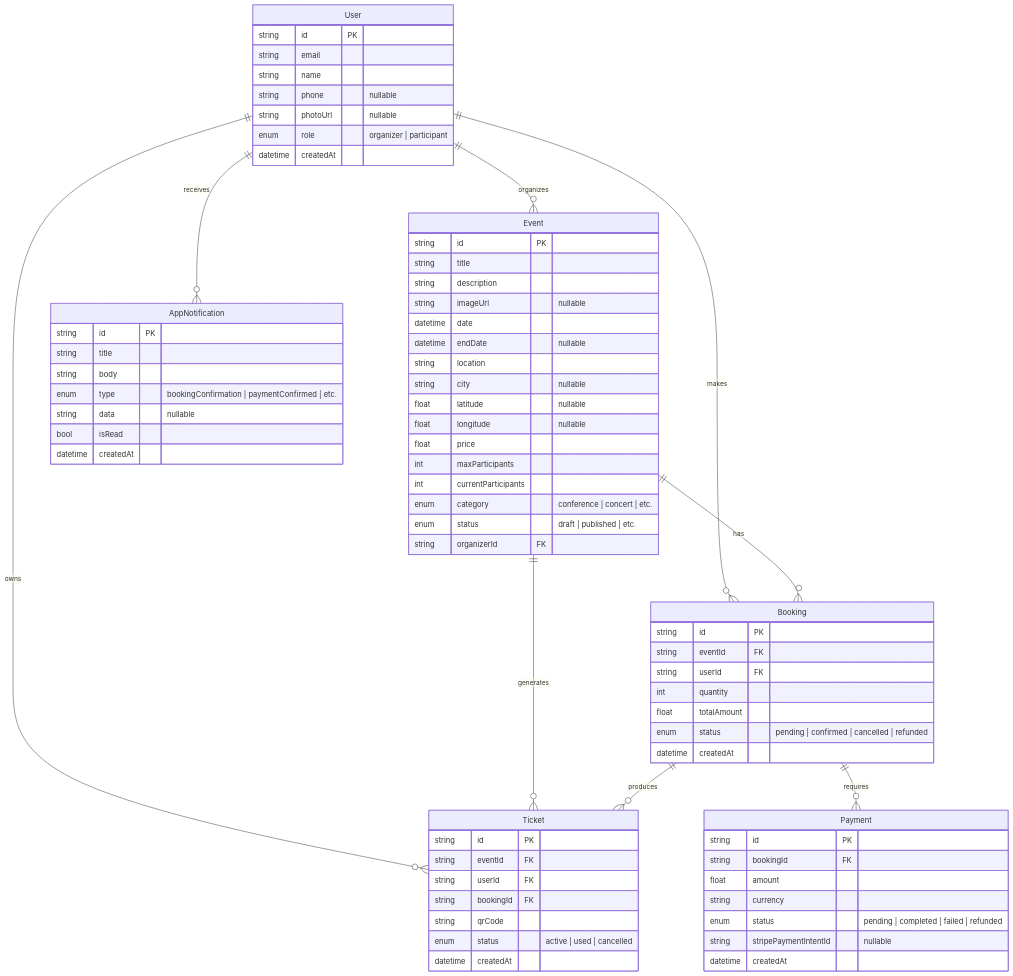
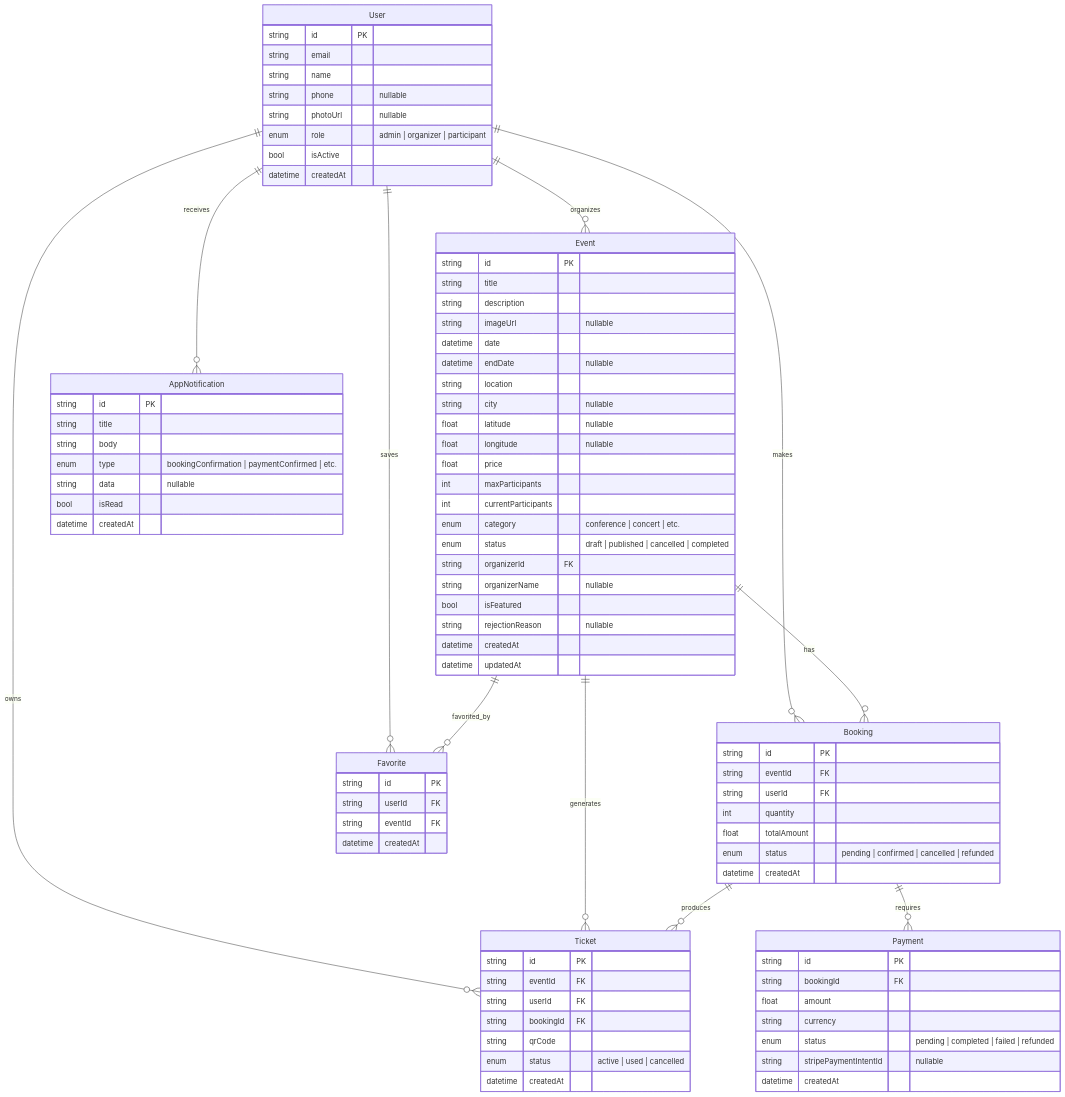
Before and after one commit to 24231-Brahim/pi-eventhub: the third of 13 diagrams in FICHE_EXTRACTION_EVENTHUB.md, drawn with Mermaid. The commit also changed other lines of this file and 13 other files, not shown here.

````diff
--- a/FICHE_EXTRACTION_EVENTHUB.md
+++ b/FICHE_EXTRACTION_EVENTHUB.md
@@ -120,7 +122,8 @@
         string name
         string phone "nullable"
         string photoUrl "nullable"
-        enum role "organizer | participant"
+        enum role "admin | organizer | participant"
+        bool isActive
         datetime createdAt
     }
 
@@ -139,8 +142,13 @@
         int maxParticipants
         int currentParticipants
         enum category "conference | concert | etc."
-        enum status "draft | published | etc."
+        enum status "draft | published | cancelled | completed"
         string organizerId FK
+        string organizerName "nullable"
+        bool isFeatured
+        string rejectionReason "nullable"
+        datetime createdAt
+        datetime updatedAt
     }
 
     Booking {
@@ -183,12 +191,21 @@
         datetime createdAt
     }
 
+    Favorite {
+        string id PK
+        string userId FK
+        string eventId FK
+        datetime createdAt
+    }
+
     User ||--o{ Event : "organizes"
     User ||--o{ Booking : "makes"
     User ||--o{ Ticket : "owns"
     User ||--o{ AppNotification : "receives"
+    User ||--o{ Favorite : "saves"
     Event ||--o{ Booking : "has"
     Event ||--o{ Ticket : "generates"
+    Event ||--o{ Favorite : "favorited_by"
     Booking ||--o{ Ticket : "produces"
     Booking ||--o{ Payment : "requires"
 ```
````
